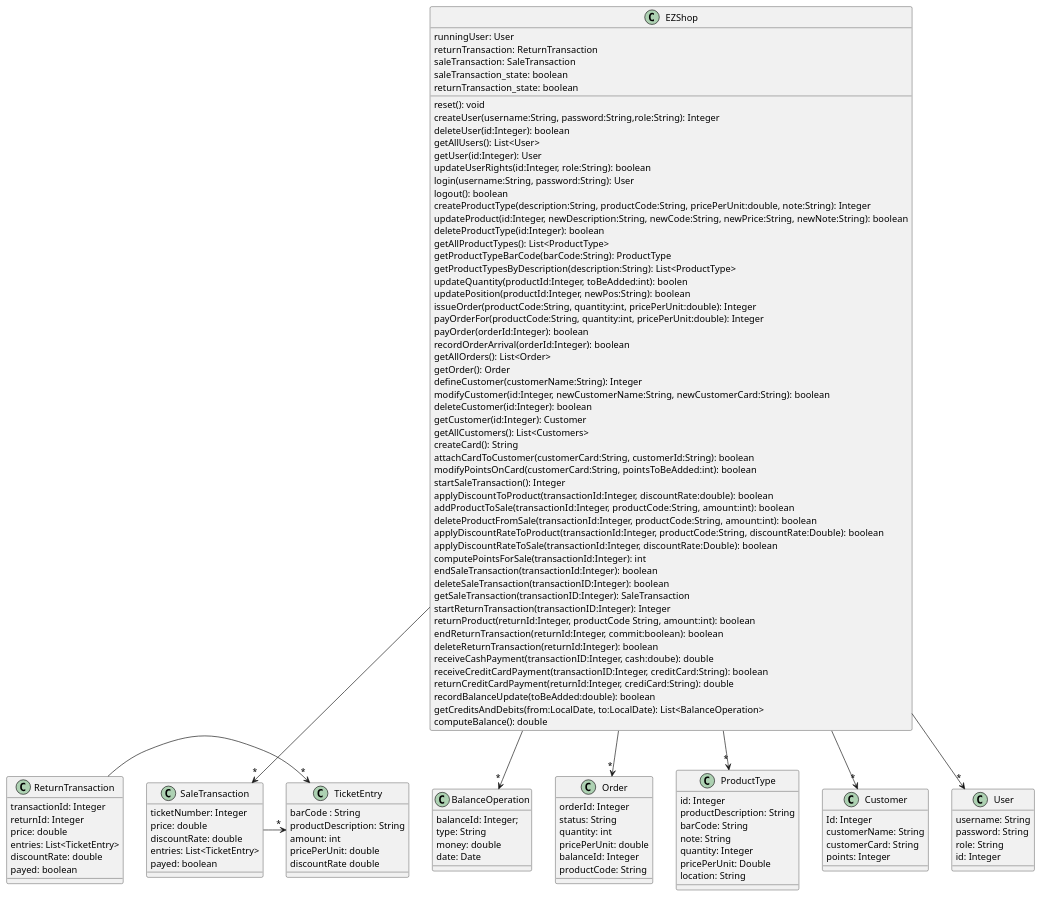
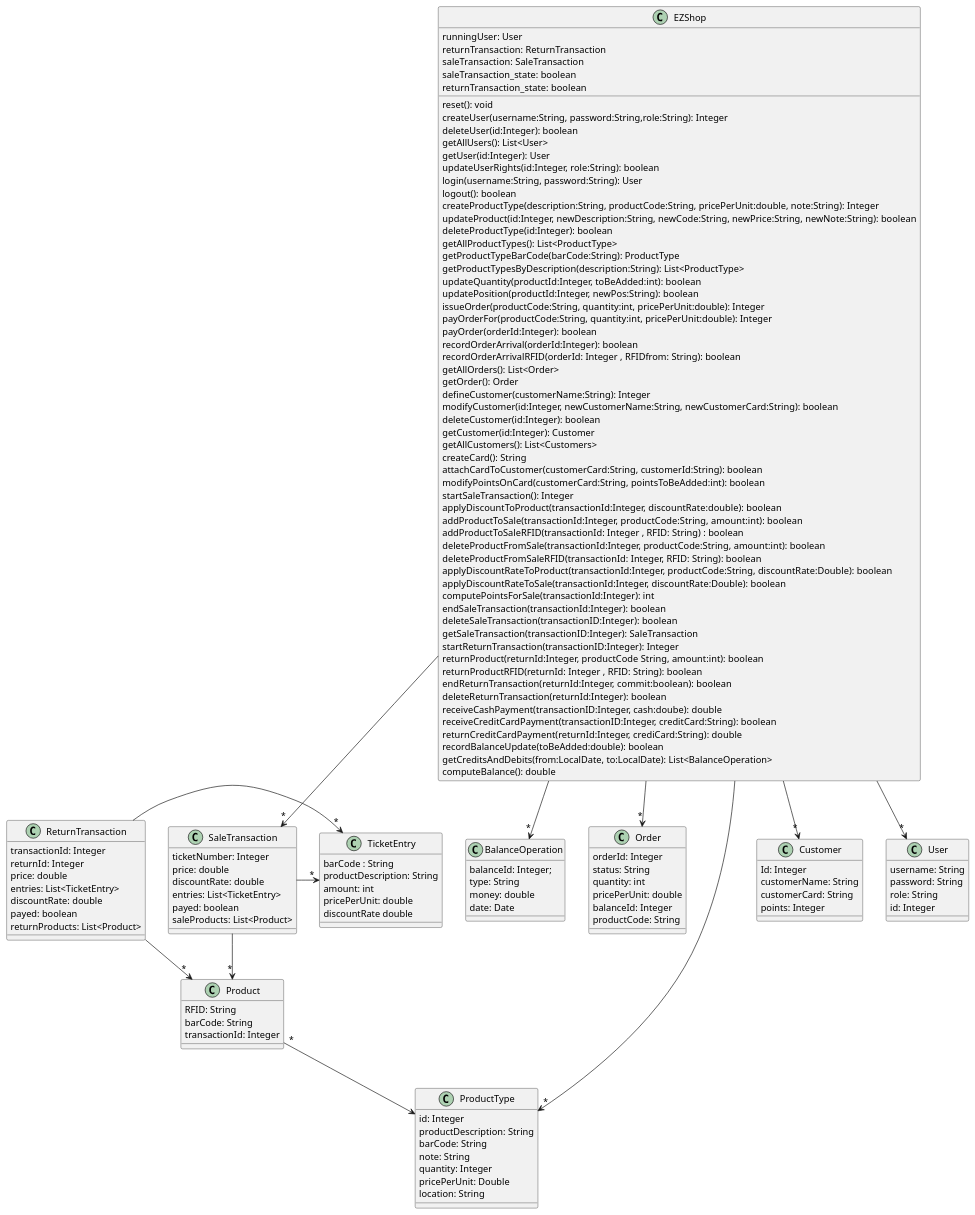
One commit to rab97/ezshop-group53 changed the diagram in Deliverables/DesignDocument.md. Above: the diagram before and after it, drawn with PlantUML. The commit also changed 5 other files, not shown here.

````diff
--- a/Deliverables/DesignDocument.md
+++ b/Deliverables/DesignDocument.md
@@ -48,12 +48,13 @@
  getAllProductTypes(): List<ProductType>
  getProductTypeBarCode(barCode:String): ProductType
  getProductTypesByDescription(description:String): List<ProductType>
- updateQuantity(productId:Integer, toBeAdded:int): boolen
+ updateQuantity(productId:Integer, toBeAdded:int): boolean
  updatePosition(productId:Integer, newPos:String): boolean
  issueOrder(productCode:String, quantity:int, pricePerUnit:double): Integer
  payOrderFor(productCode:String, quantity:int, pricePerUnit:double): Integer
  payOrder(orderId:Integer): boolean
  recordOrderArrival(orderId:Integer): boolean
+ recordOrderArrivalRFID(orderId: Integer , RFIDfrom: String): boolean
  getAllOrders(): List<Order>
  getOrder(): Order
  defineCustomer(customerName:String): Integer
@@ -67,7 +68,9 @@
  startSaleTransaction(): Integer
  applyDiscountToProduct(transactionId:Integer, discountRate:double): boolean
  addProductToSale(transactionId:Integer, productCode:String, amount:int): boolean
+ addProductToSaleRFID(transactionId: Integer , RFID: String) : boolean
  deleteProductFromSale(transactionId:Integer, productCode:String, amount:int): boolean
+ deleteProductFromSaleRFID(transactionId: Integer, RFID: String): boolean
  applyDiscountRateToProduct(transactionId:Integer, productCode:String, discountRate:Double): boolean
  applyDiscountRateToSale(transactionId:Integer, discountRate:Double): boolean
  computePointsForSale(transactionId:Integer): int
@@ -76,6 +79,7 @@
  getSaleTransaction(transactionID:Integer): SaleTransaction
  startReturnTransaction(transactionID:Integer): Integer
  returnProduct(returnId:Integer, productCode String, amount:int): boolean
+ returnProductRFID(returnId: Integer , RFID: String): boolean
  endReturnTransaction(returnId:Integer, commit:boolean): boolean
  deleteReturnTransaction(returnId:Integer): boolean
  receiveCashPayment(transactionID:Integer, cash:doube): double
@@ -100,6 +104,13 @@
  entries: List<TicketEntry>
  discountRate: double
  payed: boolean
+ returnProducts: List<Product>
+}
+
+class Product {
+ RFID: String
+ barCode: String
+ transactionId: Integer
 }
 
 class SaleTransaction{
@@ -108,6 +119,7 @@
  discountRate: double
  entries: List<TicketEntry>
  payed: boolean
+ saleProducts: List<Product>
 }
 
 class Order {
@@ -159,5 +171,8 @@
 EZShop --> "*" Order
 EZShop --> "*" SaleTransaction
 EZShop --> "*" BalanceOperation
+Product "*" -->  ProductType
+SaleTransaction --> "*" Product
+ReturnTransaction --> "*" Product
 @enduml
 ```
````
